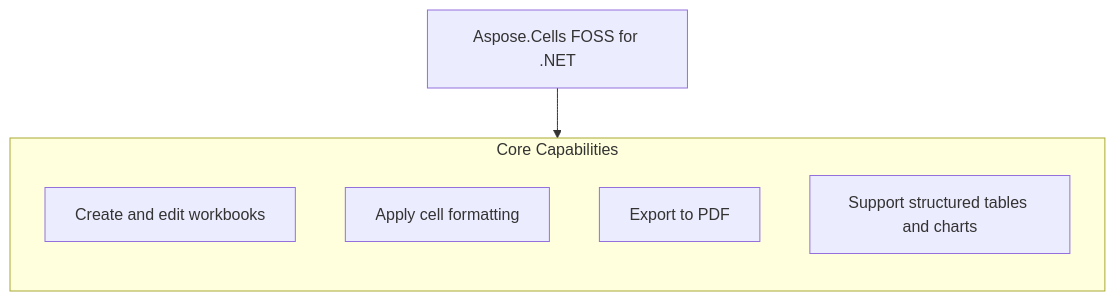
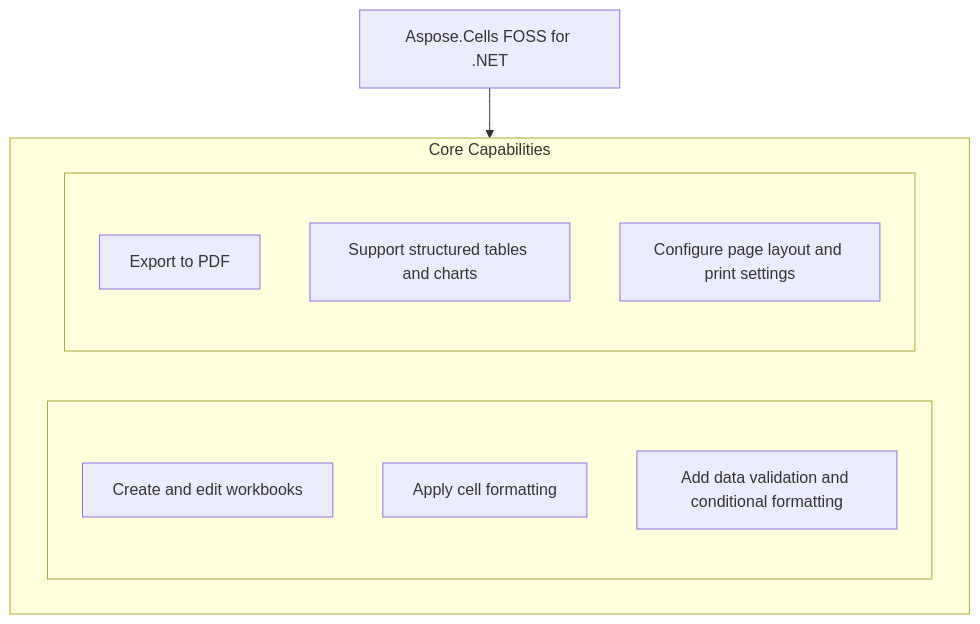
The diagram in candidates/aspose-cells-foss__Aspose.Cells-FOSS-for-.NET/941814fd138dc28cf47123d48194f329f283498d/README.md (babar-raza/repository-presenter), drawn with Mermaid before and after one commit. The commit also changed other lines of this file and 30 other files, not shown here.

````diff
--- a/candidates/aspose-cells-foss__Aspose.Cells-FOSS-for-.NET/941814fd138dc28cf47123d48194f329f283498d/README.md
+++ b/candidates/aspose-cells-foss__Aspose.Cells-FOSS-for-.NET/941814fd138dc28cf47123d48194f329f283498d/README.md
@@ -24,12 +24,20 @@
 ```mermaid
 flowchart TD
   PRODUCT["Aspose.Cells FOSS for .NET"]
   subgraph Capabilities["Core Capabilities"]
-    direction TB
-    c1["Create and edit workbooks"]
-    c2["Apply cell formatting"]
-    c3["Export to PDF"]
-    c4["Support structured tables and charts"]
+    direction LR
+    subgraph capl[" "]
+      direction TB
+      c1["Create and edit workbooks"]
+      c2["Apply cell formatting"]
+      c3["Add data validation and conditional formatting"]
+    end
+    subgraph capr[" "]
+      direction TB
+      c4["Export to PDF"]
+      c5["Support structured tables and charts"]
+      c6["Configure page layout and print settings"]
+    end
   end
   PRODUCT --> Capabilities
 ```
````
